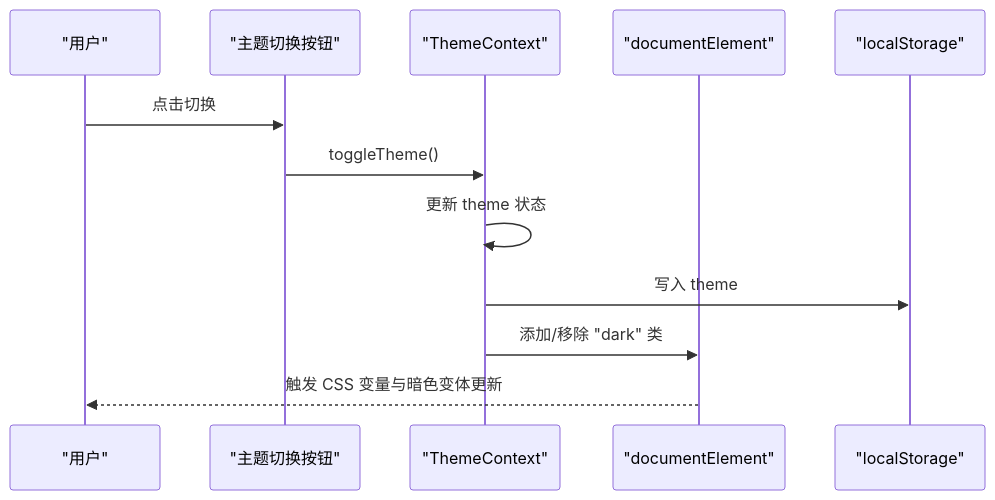
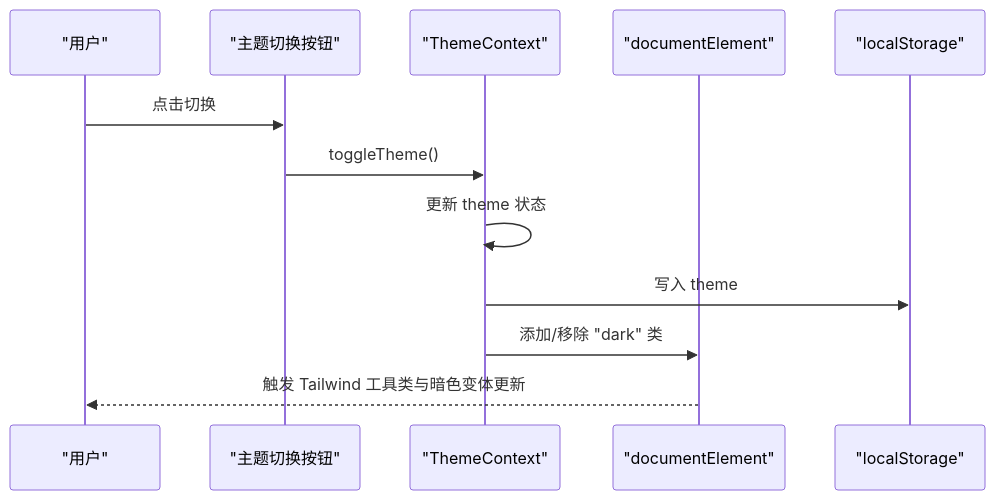
The second of 4 diagrams in .qoder/repowiki/zh/content/主题定制.md (HAOFUYANG/nextjs-admin), drawn with Mermaid before and after one commit. The commit also changed other lines of this file and 15 other files, not shown here.

````diff
--- a/.qoder/repowiki/zh/content/主题定制.md
+++ b/.qoder/repowiki/zh/content/主题定制.md
@@ -118,14 +108,14 @@
 ```mermaid
 sequenceDiagram
 participant U as "用户"
 participant BTN as "主题切换按钮"
 participant CTX as "ThemeContext"
 participant DOC as "documentElement"
 participant LS as "localStorage"
 U->>BTN : 点击切换
 BTN->>CTX : toggleTheme()
 CTX->>CTX : 更新 theme 状态
 CTX->>LS : 写入 theme
 CTX->>DOC : 添加/移除 "dark" 类
-DOC-->>U : 触发 CSS 变量与暗色变体更新
+DOC-->>U : 触发 Tailwind 工具类与暗色变体更新
 ```
````
